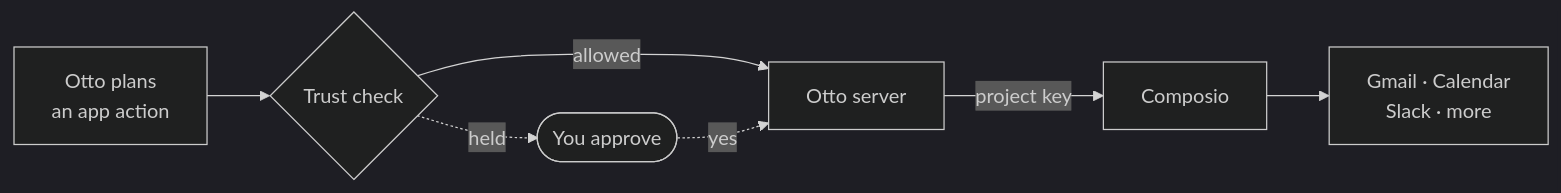
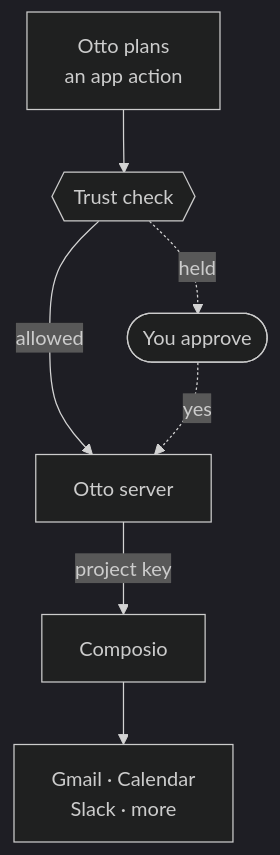
One commit to n8n-io/nod changed the diagram in docs/src/content/docs/connect/apps.mdx. Above: the diagram before and after it, drawn with Mermaid (dark theme). The commit also changed other lines of this file and 54 other files, not shown here.

````diff
--- a/docs/src/content/docs/connect/apps.mdx
+++ b/docs/src/content/docs/connect/apps.mdx
@@ -14,9 +14,9 @@
 ```mermaid
-flowchart LR
-  otto[Otto plans<br/>an app action] --> trust{Trust check}:::accent
+flowchart TD
+  otto[Otto plans<br/>an app action] --> trust{{Trust check}}:::accent
   trust -- allowed --> server[Otto server]
   trust -. held .-> you([You approve]):::accent
   you -. yes .-> server
   server -- project key --> composio[Composio]
   composio --> apps[Gmail · Calendar<br/>Slack · more]
 ```
````
